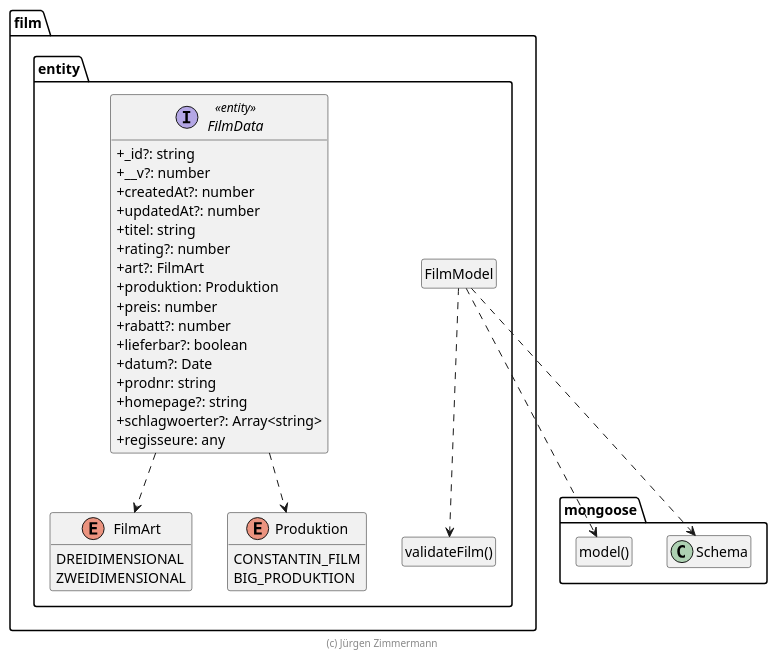
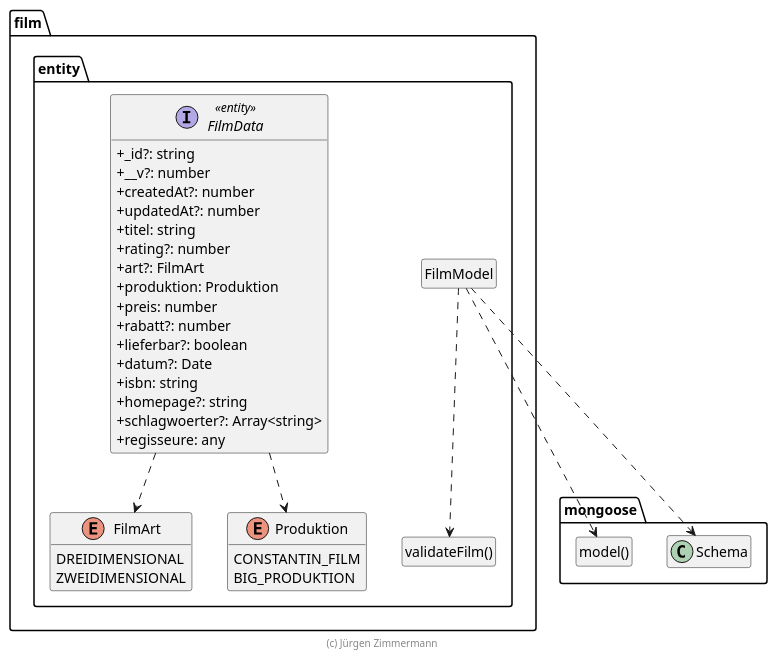
Before and after one commit to marcelmaerdian/SWE_WS2020: the diagram in doc/entwicklerhandbuch/Film.puml, drawn with PlantUML. The commit also changed 23 other files, not shown here.

```diff
--- a/doc/entwicklerhandbuch/Film.puml
+++ b/doc/entwicklerhandbuch/Film.puml
@@ -15,62 +15,62 @@
 @startuml Anwendungskern
 
 !pragma useNewPackage
 skinparam classAttributeIconSize 0
 skinparam componentStyle uml2
 
 package mongoose {
   class Schema
 
   class "model()" as model
   hide model circle
 }
 
 package film.entity {
   class "validateFilm()" as validateFilm
   hide validateFilm circle
 
   class FilmModel
   hide FilmModel circle
 
   FilmModel ..> Schema
   FilmModel ..> model
   FilmModel ..> validateFilm
 
   FilmData ..> FilmArt
   FilmData ..> Produktion
 
   enum FilmArt {
     DREIDIMENSIONAL
     ZWEIDIMENSIONAL
   }
 
   enum Produktion {
     CONSTANTIN_FILM
     BIG_PRODUKTION
   }
 
   interface FilmData <<entity>> {
     + _id?: string
     + __v?: number
     + createdAt?: number
     + updatedAt?: number
     + titel: string
     + rating?: number
     + art?: FilmArt
     + produktion: Produktion
     + preis: number
     + rabatt?: number
     + lieferbar?: boolean
     + datum?: Date
-    + prodnr: string
+    + isbn: string
     + homepage?: string
     + schlagwoerter?: Array<string>
     + regisseure: any
   }
 }
 
 hide empty members
 
 footer (c) Jürgen Zimmermann
 
 @enduml
```
